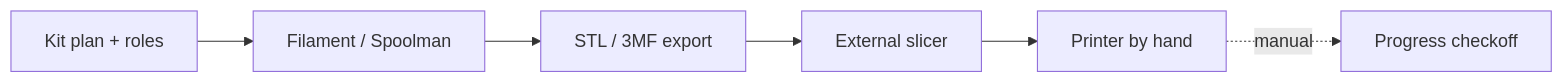
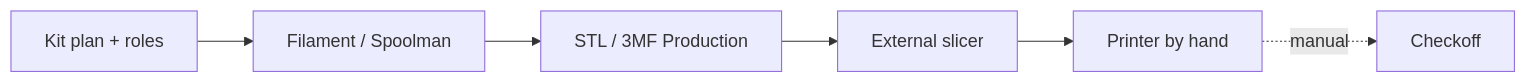
One commit to poitee/PrintPartnerPartner changed the first of 2 diagrams in docs/integrations/PRINTER_APIS.md. Above: the diagram before and after it, drawn with Mermaid. The commit also changed other lines of this file and 15 other files, not shown here.

First line of the commit message:
docs: align public guides with Builds → Sources → Plan → Checkoff → Production

````diff
--- a/docs/integrations/PRINTER_APIS.md
+++ b/docs/integrations/PRINTER_APIS.md
@@ -11,8 +11,8 @@
 ```mermaid
 flowchart LR
   Kit[Kit plan + roles] --> Filament[Filament / Spoolman]
-  Filament --> Export[STL / 3MF export]
+  Filament --> Export[STL / 3MF Production]
   Export --> Slicer[External slicer]
   Slicer --> Printer[Printer by hand]
-  Printer -.->|manual| Checkoff[Progress checkoff]
+  Printer -.->|manual| Checkoff[Checkoff]
 ```
````
